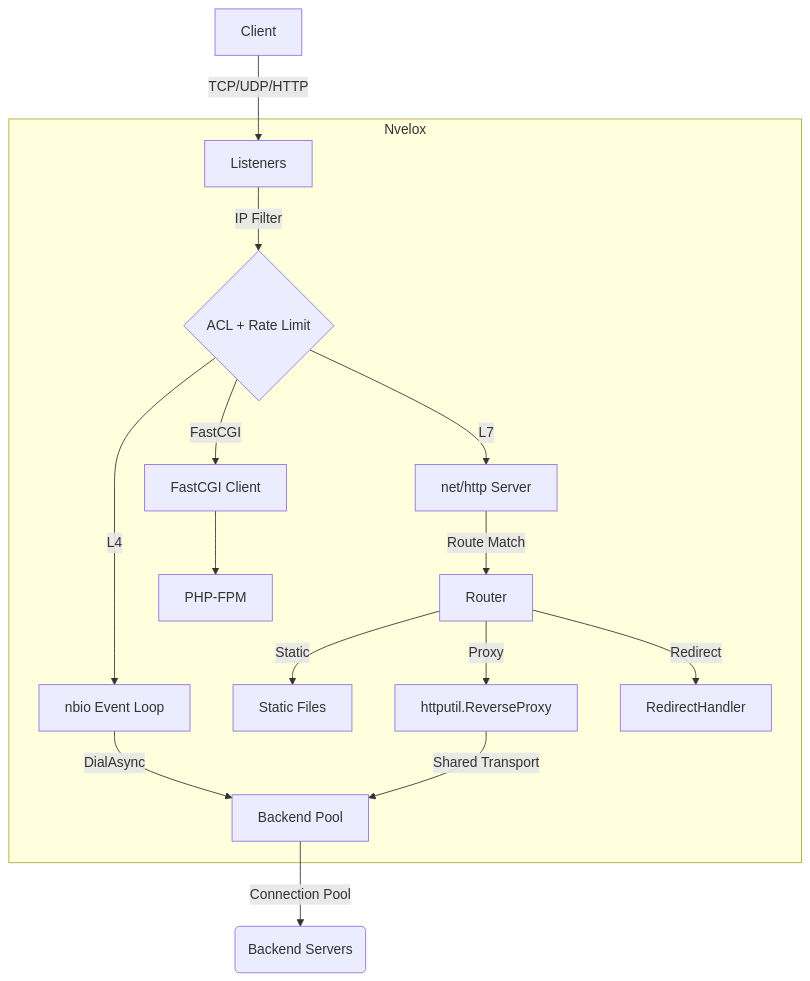
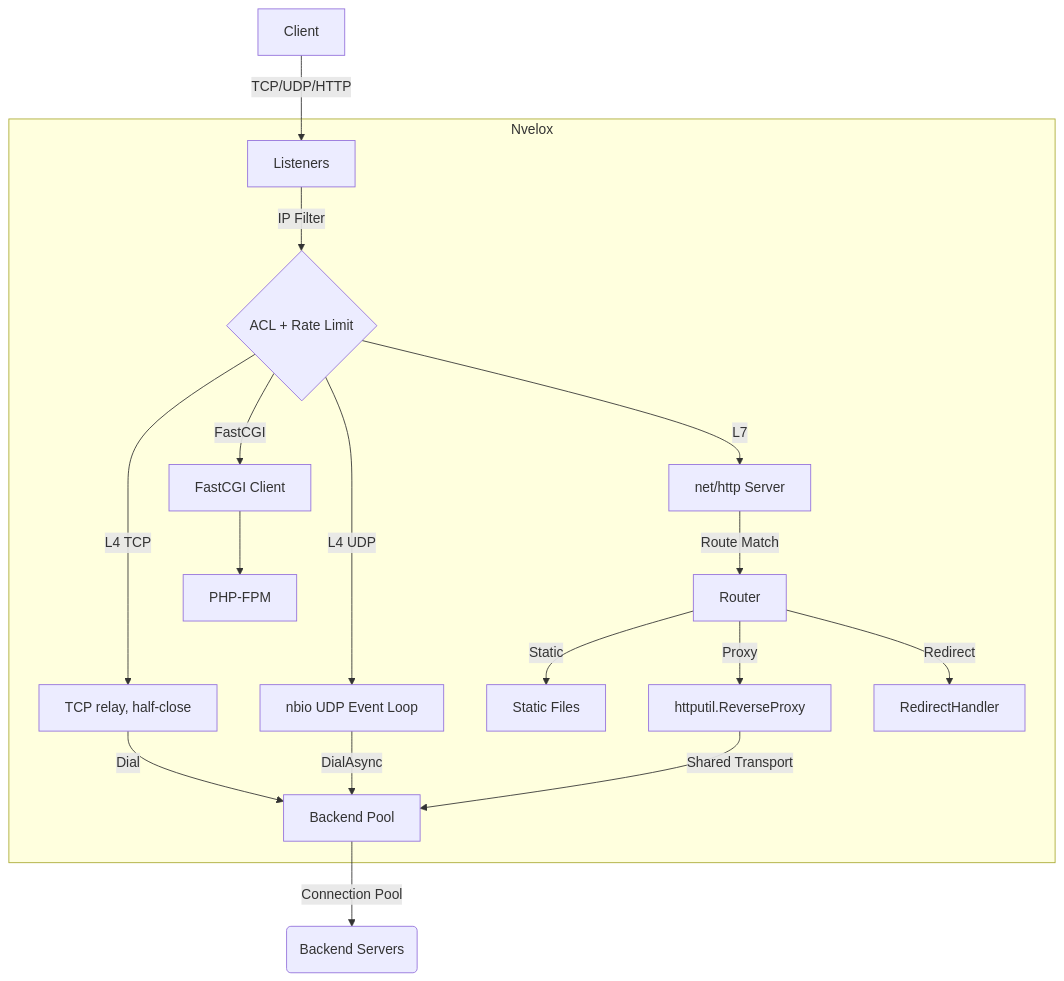
Before and after one commit to nvelox/nvelox: the diagram in README.md, drawn with Mermaid. The commit also changed other lines of this file and 8 other files, not shown here.

First line of the commit message:
fix(l4): deliver every byte when one side closes first (TCP half-close) (#21)

````diff
--- a/README.md
+++ b/README.md
@@ -98,18 +98,20 @@
 ```mermaid
 graph TD
     Client -->|TCP/UDP/HTTP| Listeners
     subgraph Nvelox
         Listeners -->|IP Filter| ACL{ACL + Rate Limit}
-        ACL -->|L4| NBIOEngine[nbio Event Loop]
+        ACL -->|L4 TCP| L4Relay[TCP relay, half-close]
+        ACL -->|L4 UDP| NBIOEngine[nbio UDP Event Loop]
         ACL -->|L7| HTTPServer[net/http Server]
         ACL -->|FastCGI| FCGIClient[FastCGI Client]
         HTTPServer -->|Route Match| Router
         Router -->|Static| FileServer[Static Files]
         Router -->|Proxy| ReverseProxy[httputil.ReverseProxy]
         Router -->|Redirect| RedirectHandler
+        L4Relay -->|Dial| BackendPool
         NBIOEngine -->|DialAsync| BackendPool
         ReverseProxy -->|Shared Transport| BackendPool[Backend Pool]
         FCGIClient --> PHPFPM[PHP-FPM]
     end
     BackendPool -->|Connection Pool| Backends(Backend Servers)
 ```
````
